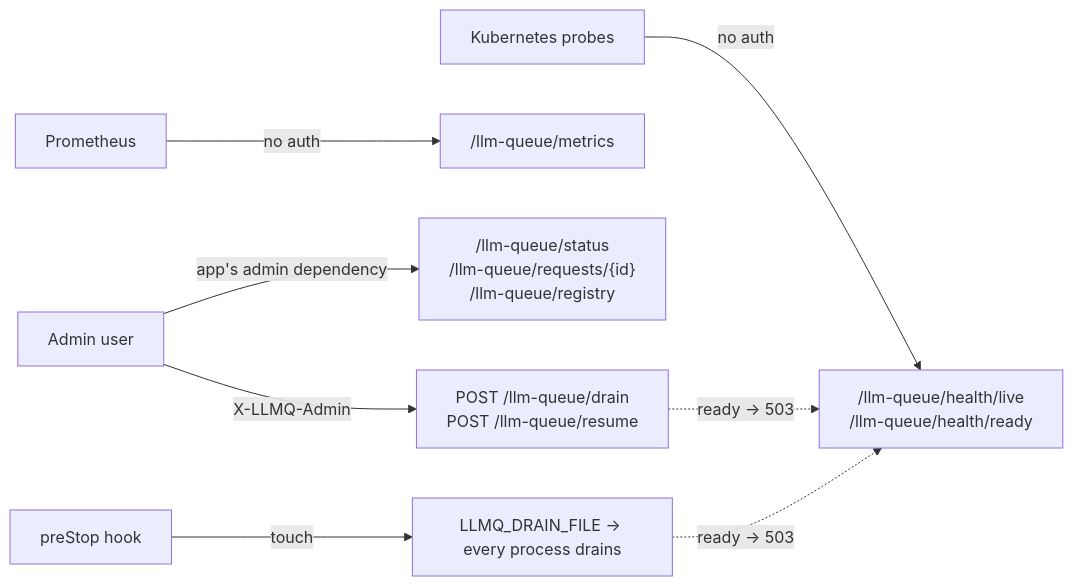
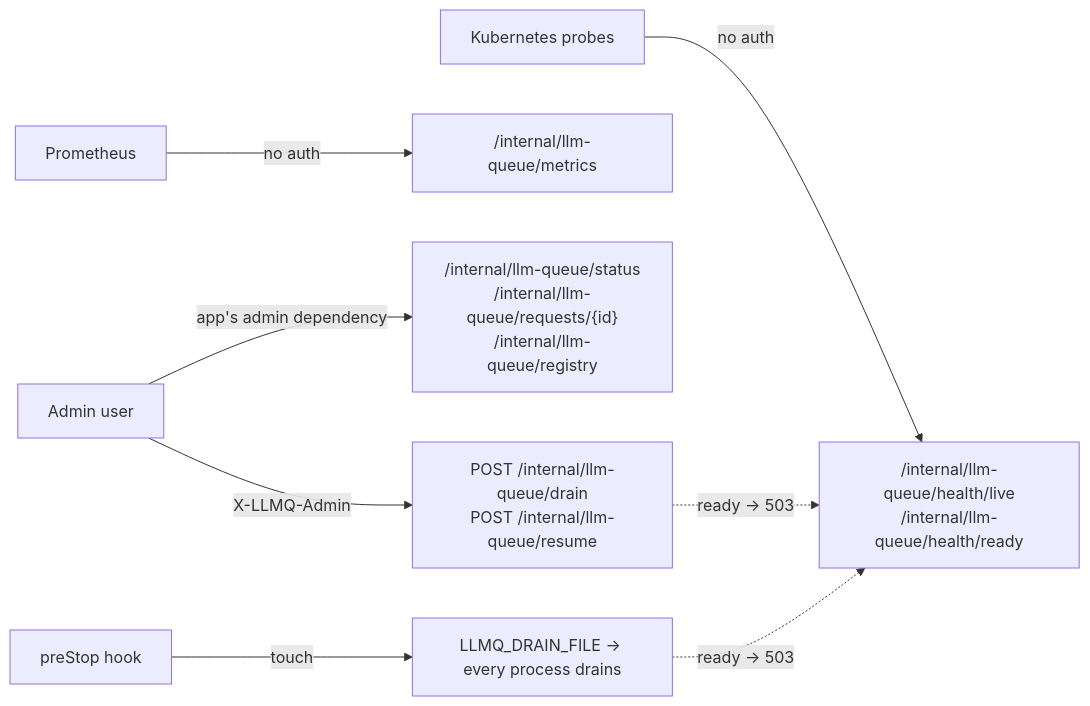
The diagram in docs/samples/http-router.md (techiewonk/llm-queue), drawn with Mermaid before and after one commit. The commit also changed other lines of this file and 1 other file, not shown here.

Commit message:
Point the HTTP router sample at the /internal/llm-queue prefix
install() mounts under /internal/llm-queue, but sample 09 and its page still called /llm-queue, so the sample run failed with a 404 on readiness.

````diff
--- a/docs/samples/http-router.md
+++ b/docs/samples/http-router.md
@@ -6,10 +6,10 @@
 ```mermaid
 flowchart LR
-  k8s["Kubernetes probes"] -- "no auth" --> h["/llm-queue/health/live<br/>/llm-queue/health/ready"]
-  admin["Admin user"] -- "app's admin dependency" --> r["/llm-queue/status<br/>/llm-queue/requests/{id}<br/>/llm-queue/registry"]
-  prom["Prometheus"] -- "no auth" --> m["/llm-queue/metrics"]
+  k8s["Kubernetes probes"] -- "no auth" --> h["/internal/llm-queue/health/live<br/>/internal/llm-queue/health/ready"]
+  admin["Admin user"] -- "app's admin dependency" --> r["/internal/llm-queue/status<br/>/internal/llm-queue/requests/{id}<br/>/internal/llm-queue/registry"]
+  prom["Prometheus"] -- "no auth" --> m["/internal/llm-queue/metrics"]
   pre["preStop hook"] -- "touch" --> f["LLMQ_DRAIN_FILE → every process drains"]
-  admin -- "X-LLMQ-Admin" --> d["POST /llm-queue/drain<br/>POST /llm-queue/resume"]
+  admin -- "X-LLMQ-Admin" --> d["POST /internal/llm-queue/drain<br/>POST /internal/llm-queue/resume"]
   f -. "ready → 503" .-> h
   d -. "ready → 503" .-> h
 ```
````
